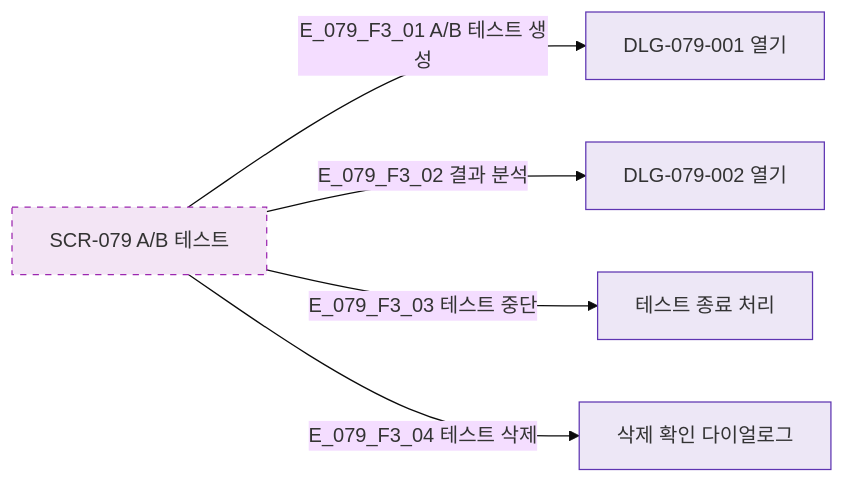
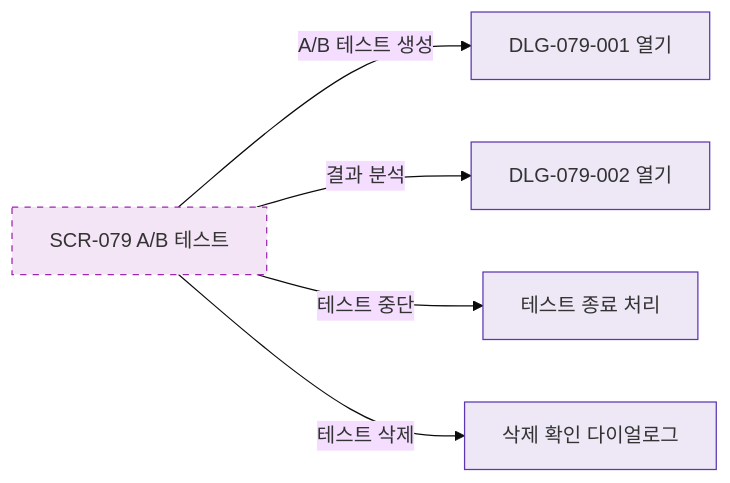
One commit to dev-spogym/admin-pando changed the diagram in docs/다이어그램/D08_마케팅/SCR-079_AB테스트/F3_버튼액션.md. Above: the diagram before and after it, drawn with Mermaid (base theme). The commit also changed other lines of this file and 1660 other files, not shown here.

First line of the commit message:
다이어그램: 기획자/클라이언트 납품본으로 정리

````diff
--- a/docs/다이어그램/D08_마케팅/SCR-079_AB테스트/F3_버튼액션.md
+++ b/docs/다이어그램/D08_마케팅/SCR-079_AB테스트/F3_버튼액션.md
@@ -14,15 +12,15 @@
 ```mermaid
 flowchart LR
   SCR_079[SCR-079 A/B 테스트]
 
-  SCR_079 -->|E_079_F3_01 A/B 테스트 생성| BTN_CREATE[DLG-079-001 열기]
-  SCR_079 -->|E_079_F3_02 결과 분석| BTN_RESULT[DLG-079-002 열기]
-  SCR_079 -->|E_079_F3_03 테스트 중단| BTN_STOP[테스트 종료 처리]
-  SCR_079 -->|E_079_F3_04 테스트 삭제| BTN_DELETE[삭제 확인 다이얼로그]
+  SCR_079 -->|A/B 테스트 생성|BTN_CREATE[DLG-079-001 열기]
+  SCR_079 -->|결과 분석|BTN_RESULT[DLG-079-002 열기]
+  SCR_079 -->|테스트 중단|BTN_STOP[테스트 종료 처리]
+  SCR_079 -->|테스트 삭제|BTN_DELETE[삭제 확인 다이얼로그]
 
   classDef newFeature fill:#F3E5F5,stroke:#9C27B0,stroke-dasharray:5 5
-  classDef system     fill:#EDE7F6,stroke:#5E35B2
+  classDef system fill:#EDE7F6,stroke:#5E35B2
 
   class SCR_079 newFeature
   class BTN_CREATE,BTN_RESULT,BTN_STOP,BTN_DELETE system
 ```
````
